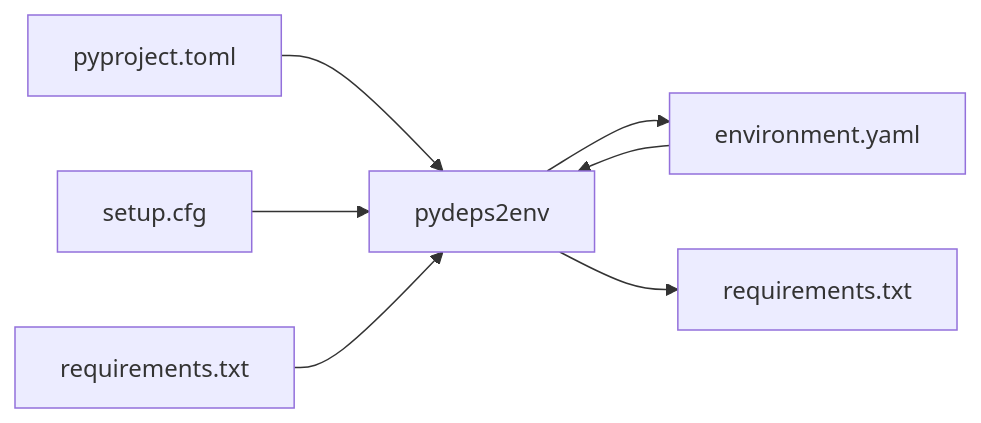
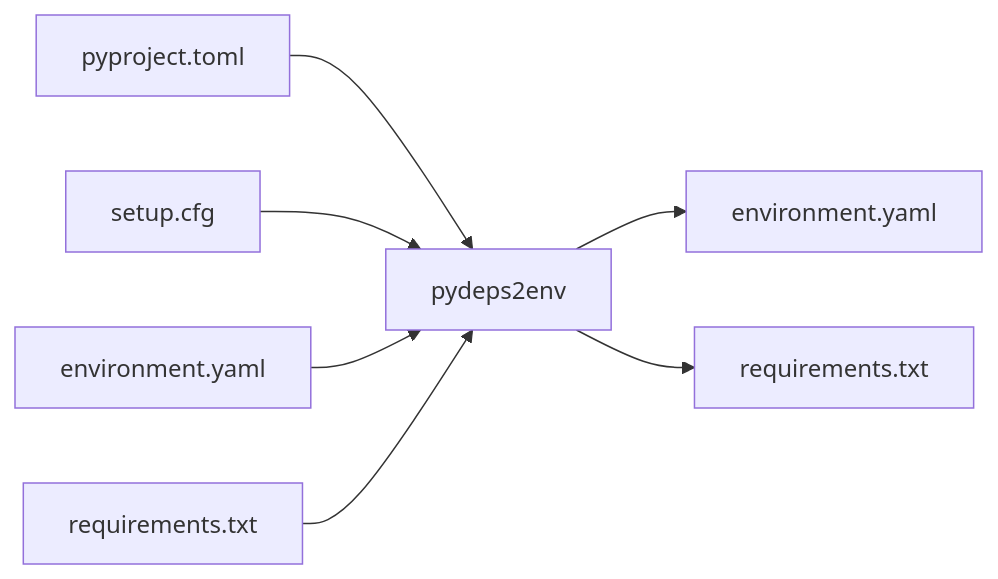
Before and after one commit to CagtayFabry/pydeps2env: the diagram in README.md, drawn with Mermaid.

````diff
--- a/README.md
+++ b/README.md
@@ -11,9 +11,9 @@
 ```mermaid
 flowchart LR
     pyproject.toml --> pydeps2env
     setup.cfg --> pydeps2env
     environment.yaml --> pydeps2env
     requirements.txt --> pydeps2env
-    pydeps2env --> environment.yaml
+    pydeps2env --> E2[environment.yaml]
     pydeps2env --> R2[requirements.txt]
 ```
````
